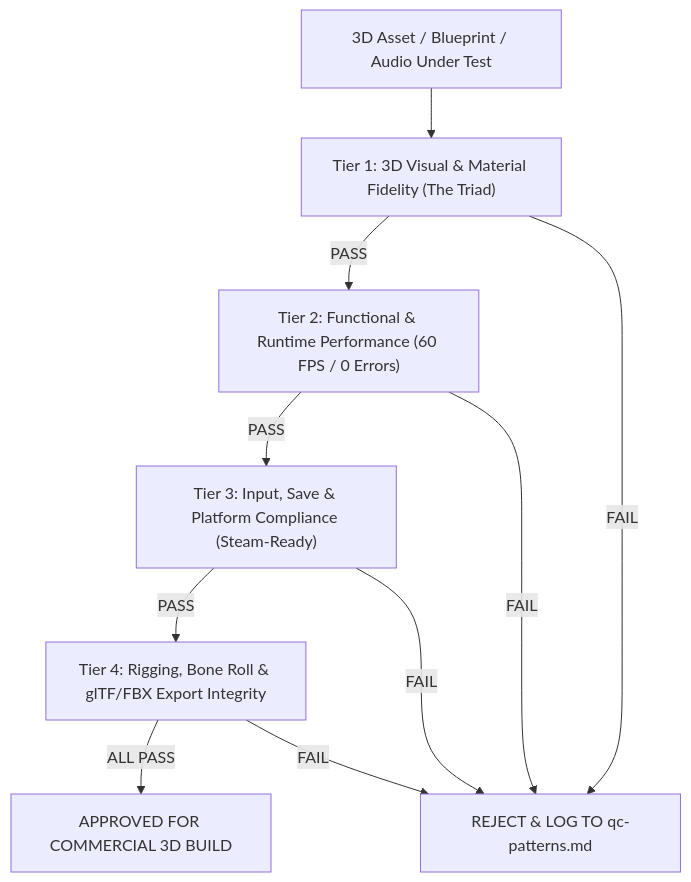
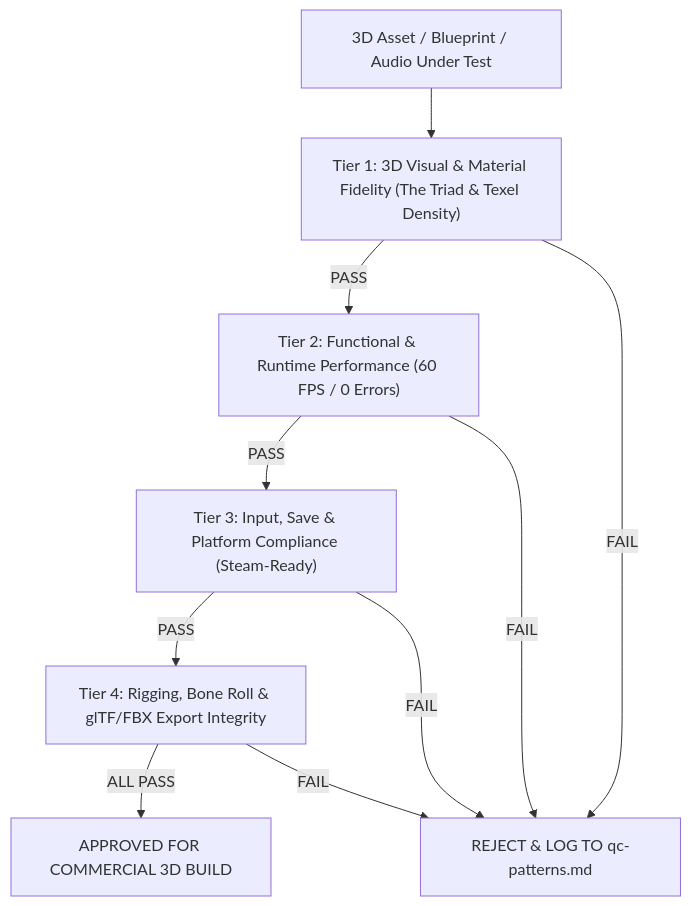
Before and after one commit to adityaairlangga12/lentera-pudar-legacy-pre-r7: the diagram in .agents/skills/qc_check/SKILL.md, drawn with Mermaid. The commit also changed other lines of this file, not shown here.

Commit message:
docs: calibrate qc_check skill with texel density, loudness, and bony landmarks

````diff
--- a/.agents/skills/qc_check/SKILL.md
+++ b/.agents/skills/qc_check/SKILL.md
@@ -14,12 +14,12 @@
 ```mermaid
 flowchart TD
-    A["3D Asset / Blueprint / Audio Under Test"] --> B["Tier 1: 3D Visual & Material Fidelity (The Triad)"]
+    A["3D Asset / Blueprint / Audio Under Test"] --> B["Tier 1: 3D Visual & Material Fidelity (The Triad & Texel Density)"]
     B -->|PASS| C["Tier 2: Functional & Runtime Performance (60 FPS / 0 Errors)"]
     C -->|PASS| D["Tier 3: Input, Save & Platform Compliance (Steam-Ready)"]
     D -->|PASS| E["Tier 4: Rigging, Bone Roll & glTF/FBX Export Integrity"]
     E -->|ALL PASS| F["APPROVED FOR COMMERCIAL 3D BUILD"]
     B -->|FAIL| R["REJECT & LOG TO qc-patterns.md"]
     C -->|FAIL| R
     D -->|FAIL| R
     E -->|FAIL| R
 ```
````
